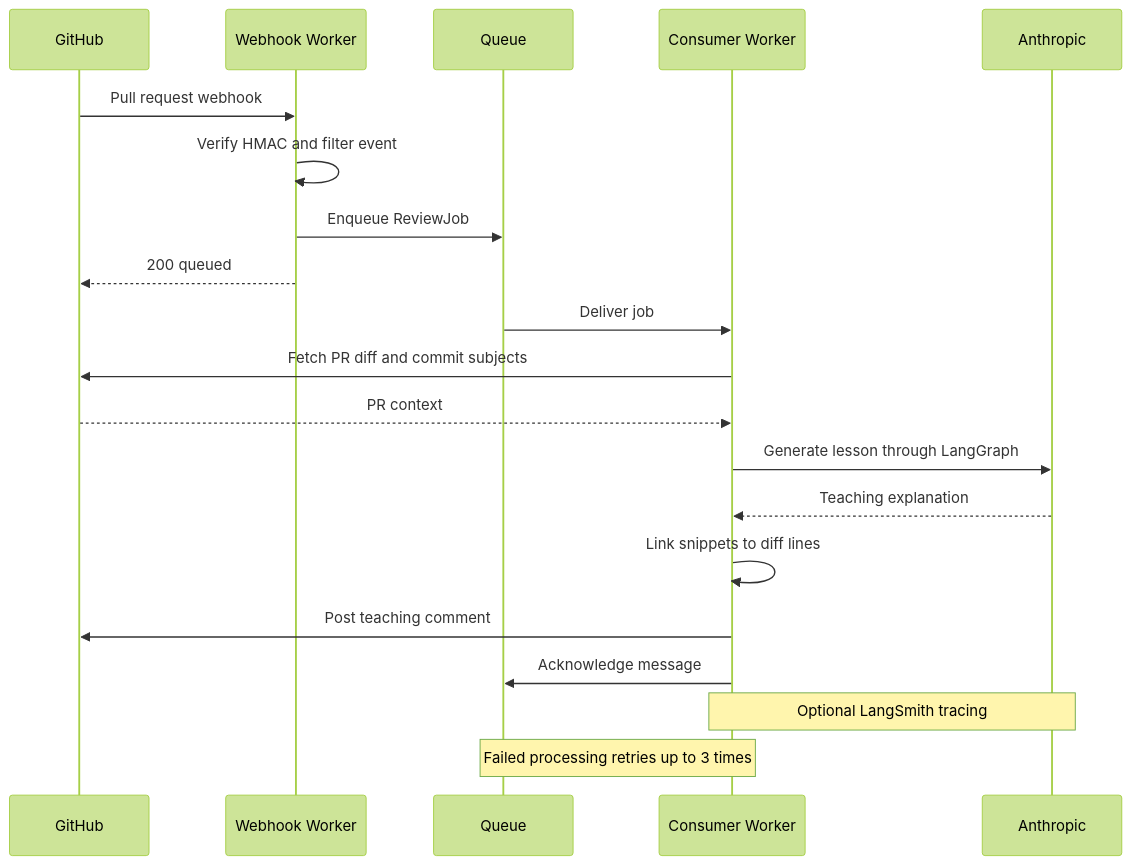
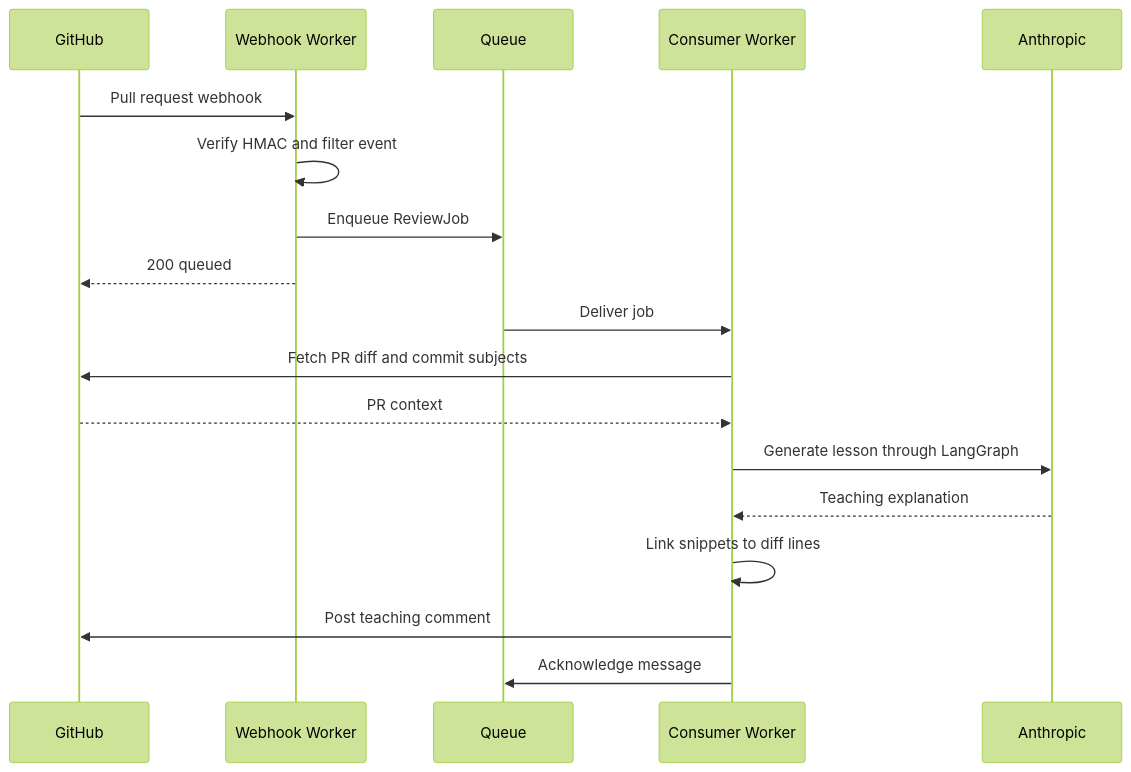
Before and after one commit to hatutah/literate-reviews: the diagram in README.md, drawn with Mermaid (forest theme).

Commit message:
Update README to remove optional tracing notes
Removed optional LangSmith tracing and processing retry notes.

````diff
--- a/README.md
+++ b/README.md
@@ -40,25 +40,23 @@
 ```mermaid
 sequenceDiagram
     participant GH as GitHub
     participant WH as Webhook Worker
     participant Q as Queue
     participant CW as Consumer Worker
     participant AI as Anthropic
 
     GH->>WH: Pull request webhook
     WH->>WH: Verify HMAC and filter event
     WH->>Q: Enqueue ReviewJob
     WH-->>GH: 200 queued
 
     Q->>CW: Deliver job
     CW->>GH: Fetch PR diff and commit subjects
     GH-->>CW: PR context
     CW->>AI: Generate lesson through LangGraph
     AI-->>CW: Teaching explanation
     CW->>CW: Link snippets to diff lines
     CW->>GH: Post teaching comment
     CW->>Q: Acknowledge message
 
-    Note over CW,AI: Optional LangSmith tracing
-    Note over Q,CW: Failed processing retries up to 3 times
 ```
````
